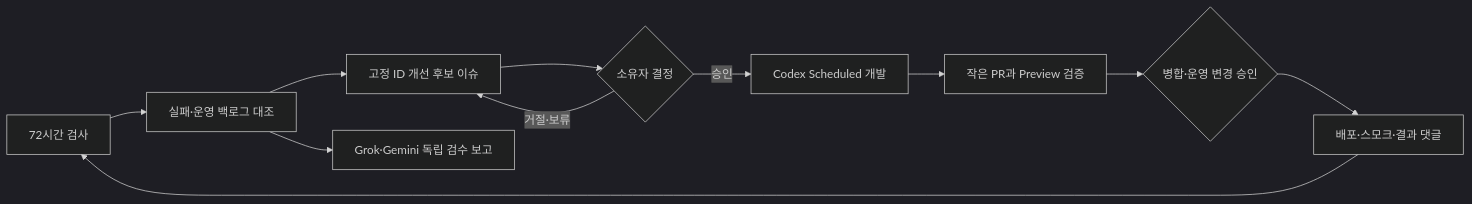
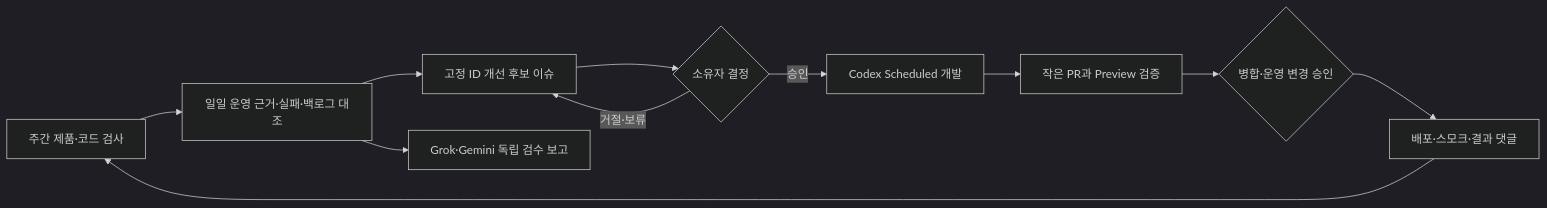
The diagram in docs/maintenance-routine.md (veronicaJeon/imageptns), drawn with Mermaid (dark theme) before and after one commit. The commit also changed other lines of this file and 23 other files, not shown here.

````diff
--- a/docs/maintenance-routine.md
+++ b/docs/maintenance-routine.md
@@ -32,13 +32,13 @@
 ```mermaid
 flowchart LR
-  A["72시간 검사"] --> B["실패·운영 백로그 대조"]
+  A["주간 제품·코드 검사"] --> B["일일 운영 근거·실패·백로그 대조"]
   B --> C["고정 ID 개선 후보 이슈"]
   B --> I["Grok·Gemini 독립 검수 보고"]
   C --> D{"소유자 결정"}
   D -->|승인| E["Codex Scheduled 개발"]
   D -->|거절·보류| C
   E --> F["작은 PR과 Preview 검증"]
   F --> G{"병합·운영 변경 승인"}
   G --> H["배포·스모크·결과 댓글"]
   H --> A
 ```
````
